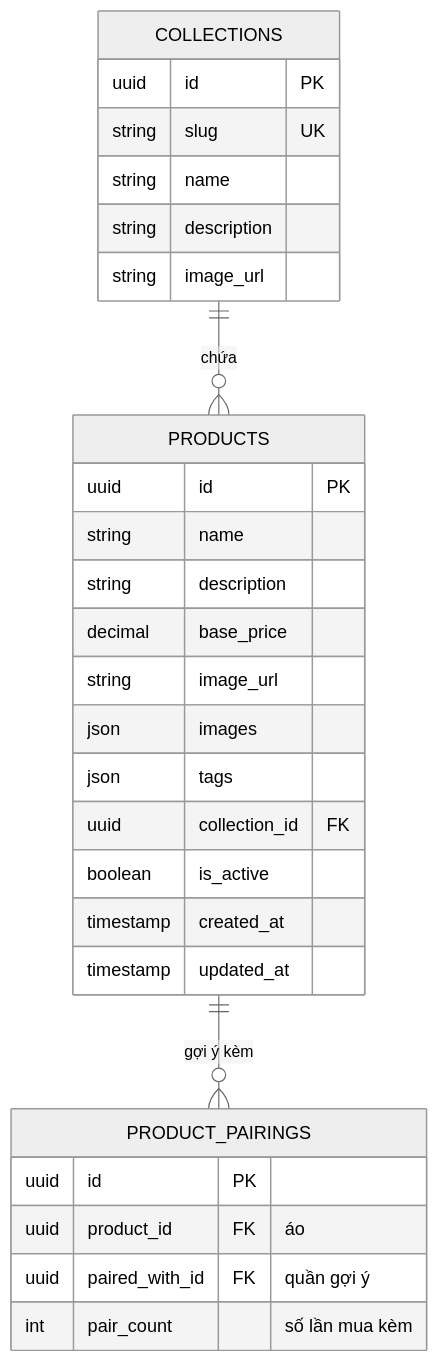
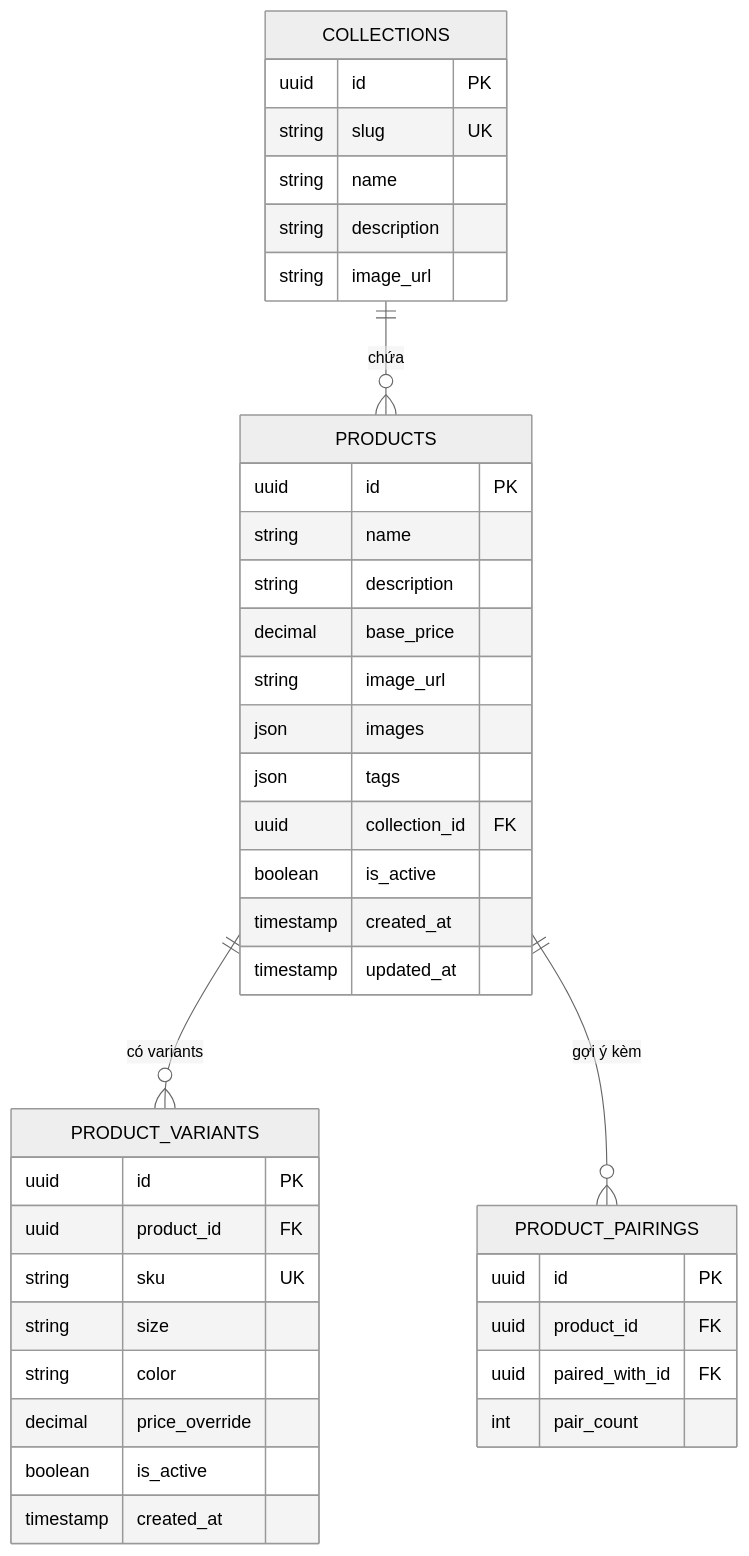
One commit to nguyenhuynhphuongloc/AdvanceTechnology changed the third of 8 diagrams in my-app/microservice-architecture.md. Above: the diagram before and after it, drawn with Mermaid (neutral theme). The commit also changed other lines of this file and 15 other files, not shown here.

````diff
--- a/my-app/microservice-architecture.md
+++ b/my-app/microservice-architecture.md
@@ -339,31 +346,42 @@
 ```mermaid
 erDiagram
     COLLECTIONS {
         uuid    id          PK
         string  slug        UK
         string  name
         string  description
         string  image_url
     }
     PRODUCTS {
         uuid    id              PK
         string  name
         string  description
         decimal base_price
         string  image_url
         json    images
         json    tags
         uuid    collection_id   FK
         boolean is_active
         timestamp created_at
         timestamp updated_at
     }
+    PRODUCT_VARIANTS {
+        uuid    id              PK
+        uuid    product_id      FK
+        string  sku             UK
+        string  size
+        string  color
+        decimal price_override
+        boolean is_active
+        timestamp created_at
+    }
     PRODUCT_PAIRINGS {
         uuid    id              PK
-        uuid    product_id      FK "áo"
-        uuid    paired_with_id  FK "quần gợi ý"
-        int     pair_count      "số lần mua kèm"
+        uuid    product_id      FK
+        uuid    paired_with_id  FK
+        int     pair_count
     }
-    COLLECTIONS  ||--o{ PRODUCTS         : "chứa"
-    PRODUCTS     ||--o{ PRODUCT_PAIRINGS : "gợi ý kèm"
+    COLLECTIONS   ||--o{ PRODUCTS          : "chứa"
+    PRODUCTS      ||--o{ PRODUCT_VARIANTS  : "có variants"
+    PRODUCTS      ||--o{ PRODUCT_PAIRINGS  : "gợi ý kèm"
 ```
````
